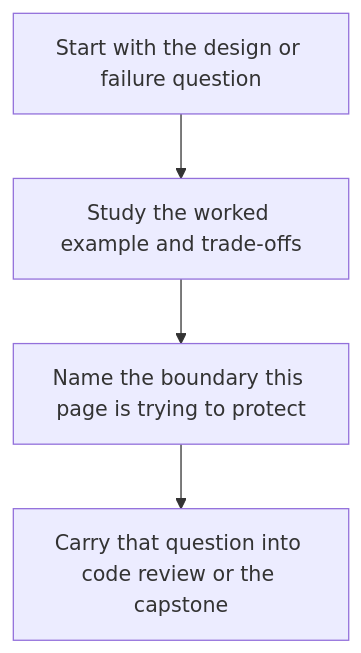
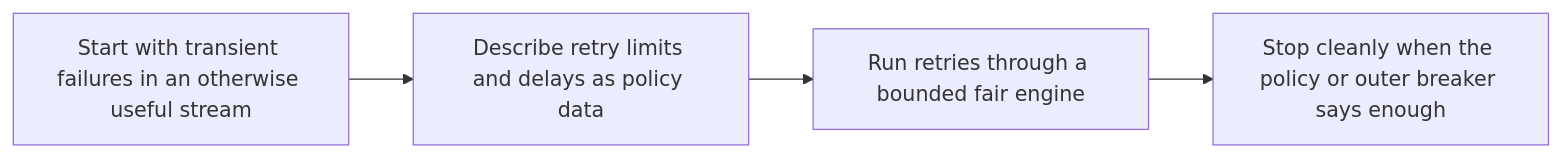
Before and after one commit to bijux/bijux-masterclass: the diagram in programs/python-programming/python-functional-programming/course-book/module-04-streaming-resilience-failure-handling/functional-retries.md, drawn with Mermaid. The commit also changed other lines of this file, not shown here.

Commit message:
docs(functional-programming): clarify retry lesson

````diff
--- a/programs/python-programming/python-functional-programming/course-book/module-04-streaming-resilience-failure-handling/functional-retries.md
+++ b/programs/python-programming/python-functional-programming/course-book/module-04-streaming-resilience-failure-handling/functional-retries.md
@@ -15,6 +7,6 @@
 ```mermaid
-flowchart TD
-  problem["Start with the design or failure question"] --> example["Study the worked example and trade-offs"]
-  example --> boundary["Name the boundary this page is trying to protect"]
-  boundary --> proof["Carry that question into code review or the capstone"]
+flowchart LR
+  flaky["Start with transient failures in an otherwise useful stream"] --> policy["Describe retry limits and delays as policy data"]
+  policy --> engine["Run retries through a bounded fair engine"]
+  engine --> stop["Stop cleanly when the policy or outer breaker says enough"]
 ```
````
